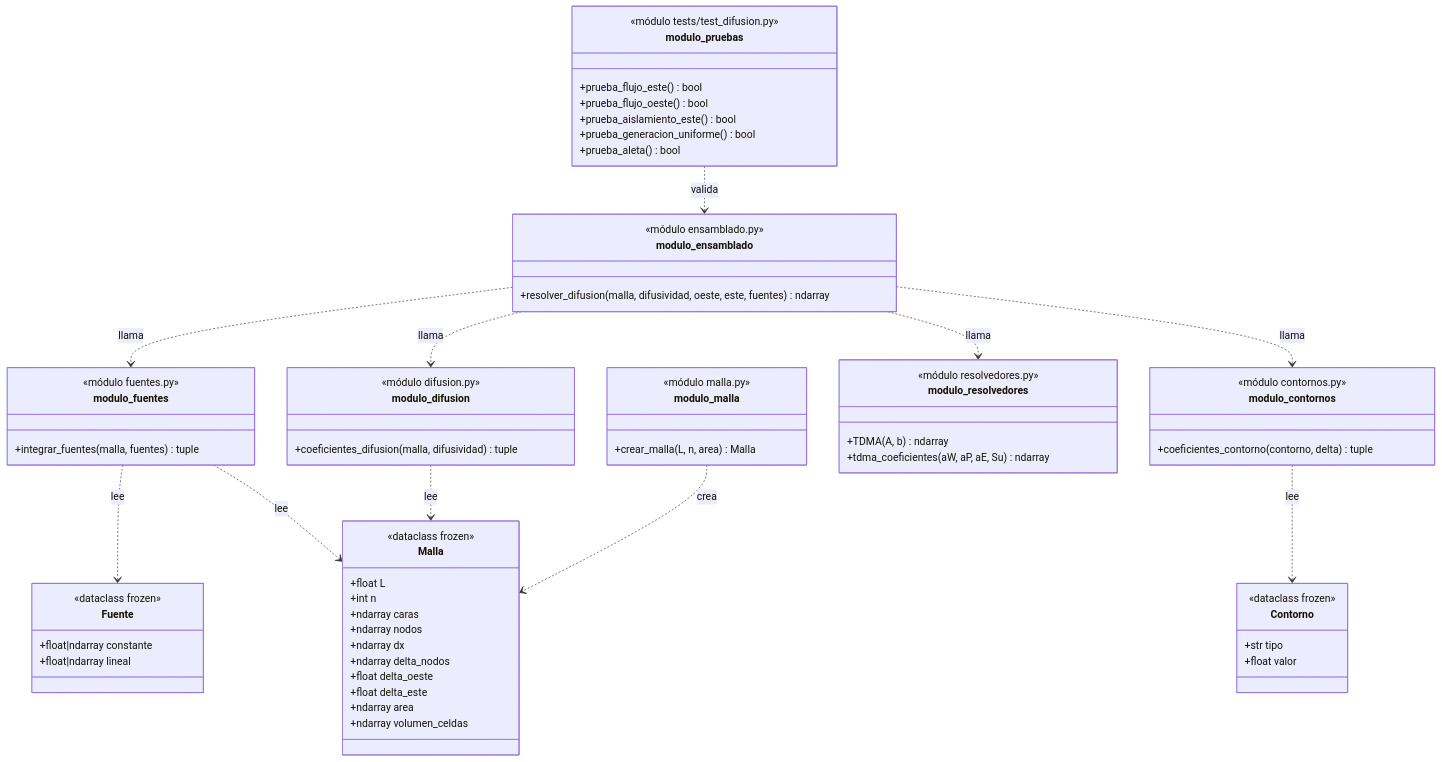
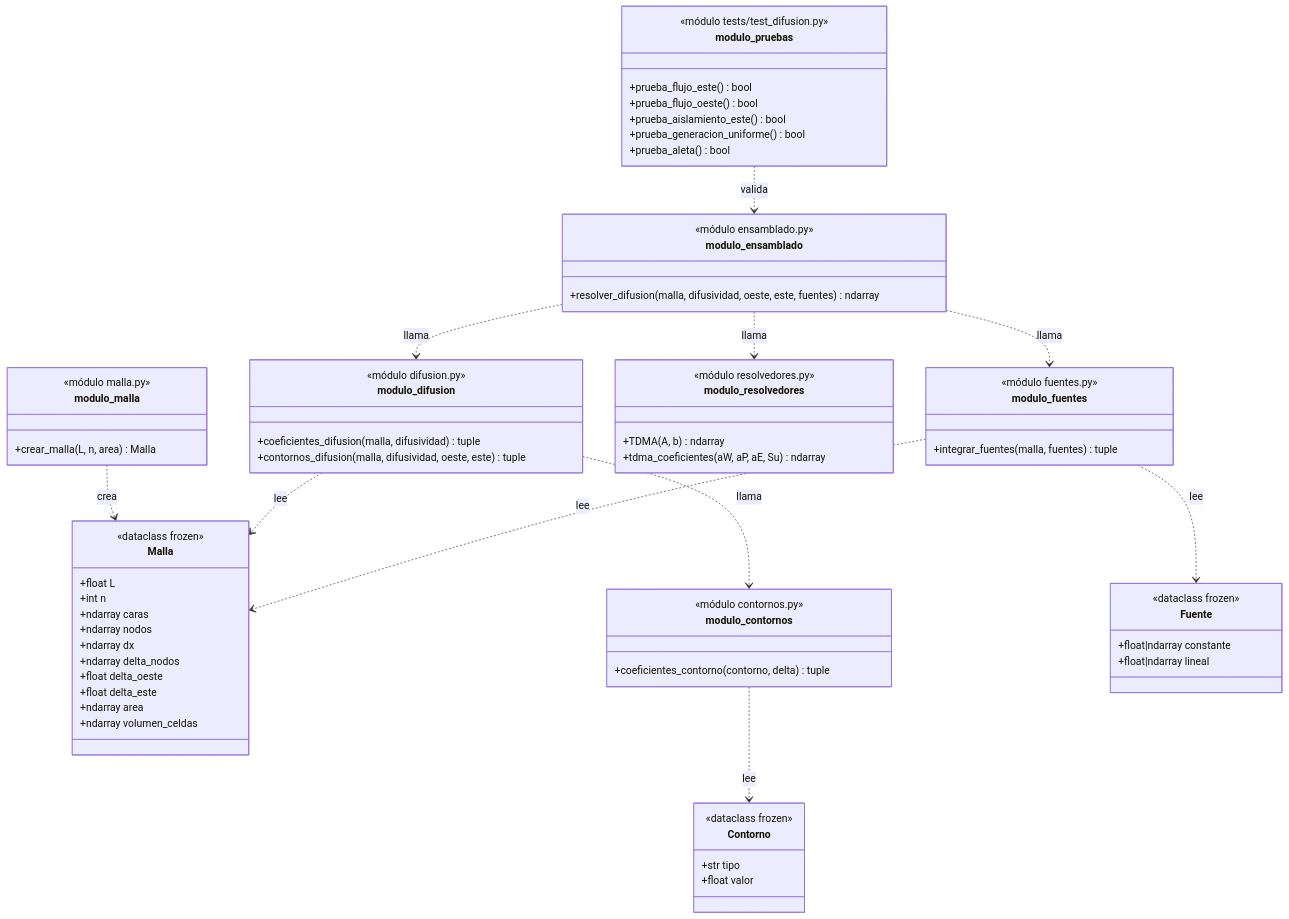
One commit to nicovarelaboo/versteeg-fvm changed the first of 3 diagrams in docs/diseno.md. Above: the diagram before and after it, drawn with Mermaid. The commit also changed other lines of this file and 2 other files, not shown here.

Commit message:
refactor(fvm): mueve los contornos de la difusión a difusion.py

````diff
--- a/docs/diseno.md
+++ b/docs/diseno.md
@@ -35,70 +37,71 @@
 ```mermaid
 classDiagram
     class Malla {
         <<dataclass frozen>>
         +float L
         +int n
         +ndarray caras
         +ndarray nodos
         +ndarray dx
         +ndarray delta_nodos
         +float delta_oeste
         +float delta_este
         +ndarray area
         +ndarray volumen_celdas
     }
     class Contorno {
         <<dataclass frozen>>
         +str tipo
         +float valor
     }
     class modulo_malla {
         <<módulo malla.py>>
         +crear_malla(L, n, area) Malla
     }
     class modulo_contornos {
         <<módulo contornos.py>>
         +coeficientes_contorno(contorno, delta) tuple
     }
     class modulo_difusion {
         <<módulo difusion.py>>
         +coeficientes_difusion(malla, difusividad) tuple
+        +contornos_difusion(malla, difusividad, oeste, este) tuple
     }
     class modulo_ensamblado {
         <<módulo ensamblado.py>>
         +resolver_difusion(malla, difusividad, oeste, este, fuentes) ndarray
     }
     class modulo_resolvedores {
         <<módulo resolvedores.py>>
         +TDMA(A, b) ndarray
         +tdma_coeficientes(aW, aP, aE, Su) ndarray
     }
     class modulo_pruebas {
         <<módulo tests/test_difusion.py>>
         +prueba_flujo_este() bool
         +prueba_flujo_oeste() bool
         +prueba_aislamiento_este() bool
         +prueba_generacion_uniforme() bool
         +prueba_aleta() bool
     }
         class Fuente {
         <<dataclass frozen>>
         +float|ndarray constante
         +float|ndarray lineal
     }
     class modulo_fuentes {
         <<módulo fuentes.py>>
         +integrar_fuentes(malla, fuentes) tuple
     }
 
     modulo_malla ..> Malla : crea
     modulo_contornos ..> Contorno : lee
     modulo_difusion ..> Malla : lee
     modulo_fuentes ..> Fuente : lee
     modulo_fuentes ..> Malla : lee
     modulo_ensamblado ..> modulo_fuentes : llama
     modulo_ensamblado ..> modulo_difusion : llama
-    modulo_ensamblado ..> modulo_contornos : llama
+    modulo_difusion ..> modulo_contornos : llama
     modulo_ensamblado ..> modulo_resolvedores : llama
     modulo_pruebas ..> modulo_ensamblado : valida
 ```
````
